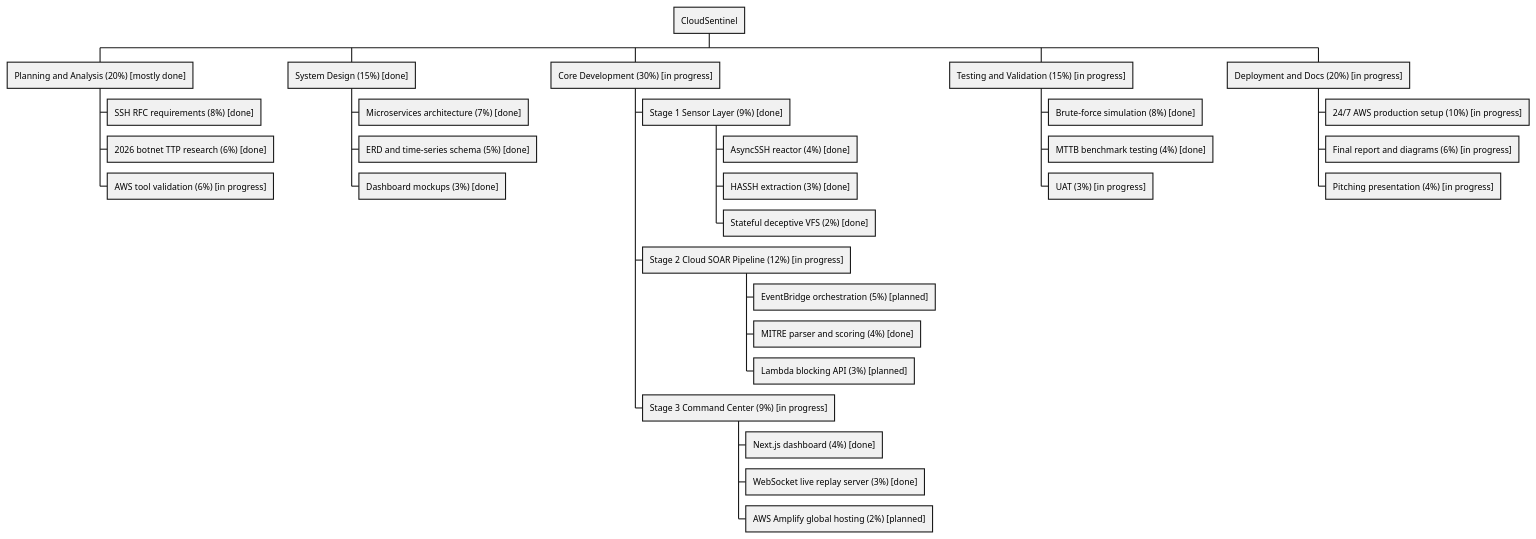
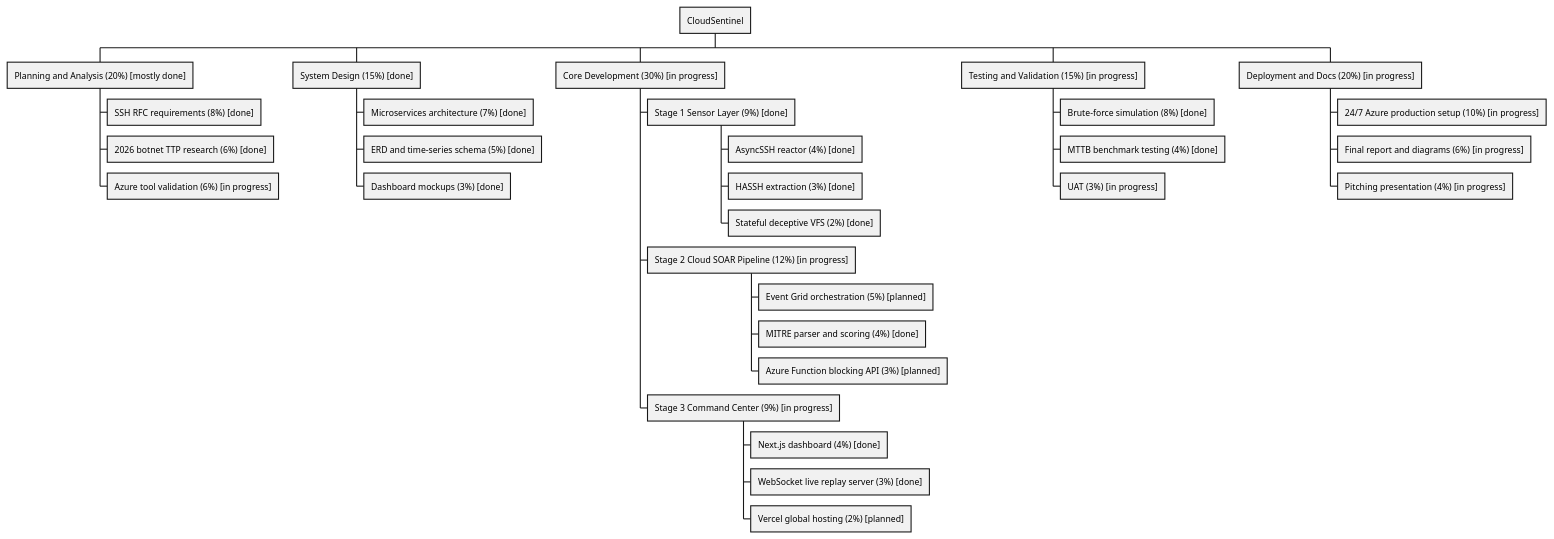
The seventh of 7 diagrams in cloudsentinel-skill.md (kontoldemon/hanyakontolselamatkandunia), drawn with PlantUML before and after one commit. The commit also changed other lines of this file and 4 other files, not shown here.

````diff
--- a/cloudsentinel-skill.md
+++ b/cloudsentinel-skill.md
@@ -370,34 +365,34 @@
 ```plantuml
 @startwbs
 * CloudSentinel
 ** Planning and Analysis (20%) [mostly done]
 *** SSH RFC requirements (8%) [done]
 *** 2026 botnet TTP research (6%) [done]
-*** AWS tool validation (6%) [in progress]
+*** Azure tool validation (6%) [in progress]
 ** System Design (15%) [done]
 *** Microservices architecture (7%) [done]
 *** ERD and time-series schema (5%) [done]
 *** Dashboard mockups (3%) [done]
 ** Core Development (30%) [in progress]
 *** Stage 1 Sensor Layer (9%) [done]
 **** AsyncSSH reactor (4%) [done]
 **** HASSH extraction (3%) [done]
 **** Stateful deceptive VFS (2%) [done]
 *** Stage 2 Cloud SOAR Pipeline (12%) [in progress]
-**** EventBridge orchestration (5%) [planned]
+**** Event Grid orchestration (5%) [planned]
 **** MITRE parser and scoring (4%) [done]
-**** Lambda blocking API (3%) [planned]
+**** Azure Function blocking API (3%) [planned]
 *** Stage 3 Command Center (9%) [in progress]
 **** Next.js dashboard (4%) [done]
 **** WebSocket live replay server (3%) [done]
-**** AWS Amplify global hosting (2%) [planned]
+**** Vercel global hosting (2%) [planned]
 ** Testing and Validation (15%) [in progress]
 *** Brute-force simulation (8%) [done]
 *** MTTB benchmark testing (4%) [done]
 *** UAT (3%) [in progress]
 ** Deployment and Docs (20%) [in progress]
-*** 24/7 AWS production setup (10%) [in progress]
+*** 24/7 Azure production setup (10%) [in progress]
 *** Final report and diagrams (6%) [in progress]
 *** Pitching presentation (4%) [in progress]
 @endwbs
 ```
````
